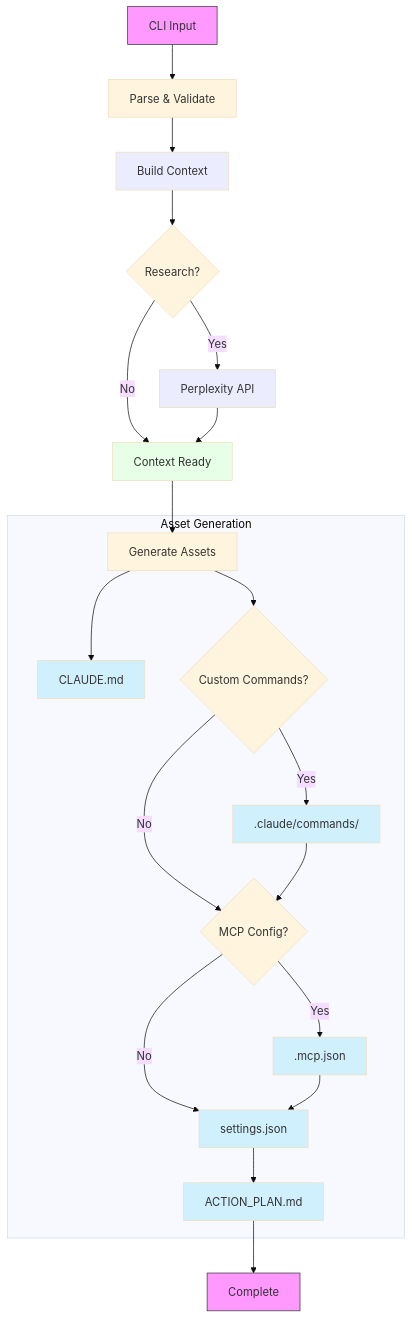
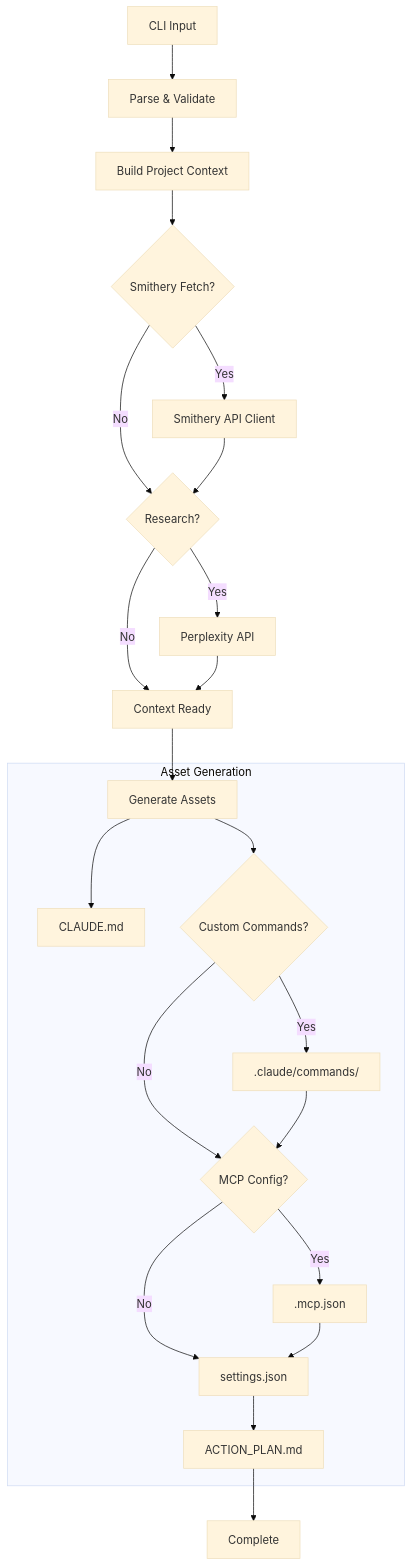
One commit to vinodismyname/ClaudeCodeBootstrap changed the diagram in README.md. Above: the diagram before and after it, drawn with Mermaid (base theme). The commit also changed other lines of this file and 21 other files, not shown here.

````diff
--- a/README.md
+++ b/README.md
@@ -146,37 +151,29 @@
 ```mermaid
 graph TD
     A[CLI Input] --> B[Parse & Validate]
-    B --> C[Build Context]
-    
-    C --> D{Research?}
+    B --> C[Build Project Context]
+    C --> S{Smithery Fetch?}
+    S -- Yes --> S1[Smithery API Client]
+    S -- No --> D
+    S1 --> D{Research?}
     D -- Yes --> E[Perplexity API]
     D -- No --> F
     E --> F[Context Ready]
     
     F --> G[Generate Assets]
     
     subgraph "Asset Generation"
         G --> G1[CLAUDE.md]
         G --> G2{Custom Commands?}
         G2 -- Yes --> G3[.claude/commands/]
         G2 -- No --> G4
         G3 --> G4{MCP Config?}
         G4 -- Yes --> G5[.mcp.json]
         G4 -- No --> G6
         G5 --> G6[settings.json]
         G6 --> G7[ACTION_PLAN.md]
     end
     
     G7 --> H[Complete]
-    
-    style A fill:#f9f,stroke:#333
-    style H fill:#f9f,stroke:#333
-    style C fill:#ececff
-    style E fill:#ececff
-    style F fill:#e6ffe6
-    style G1 fill:#d0f0fd
-    style G3 fill:#d0f0fd
-    style G5 fill:#d0f0fd
-    style G7 fill:#d0f0fd
-    style G6 fill:#d0f0fd
+
 ```
````
